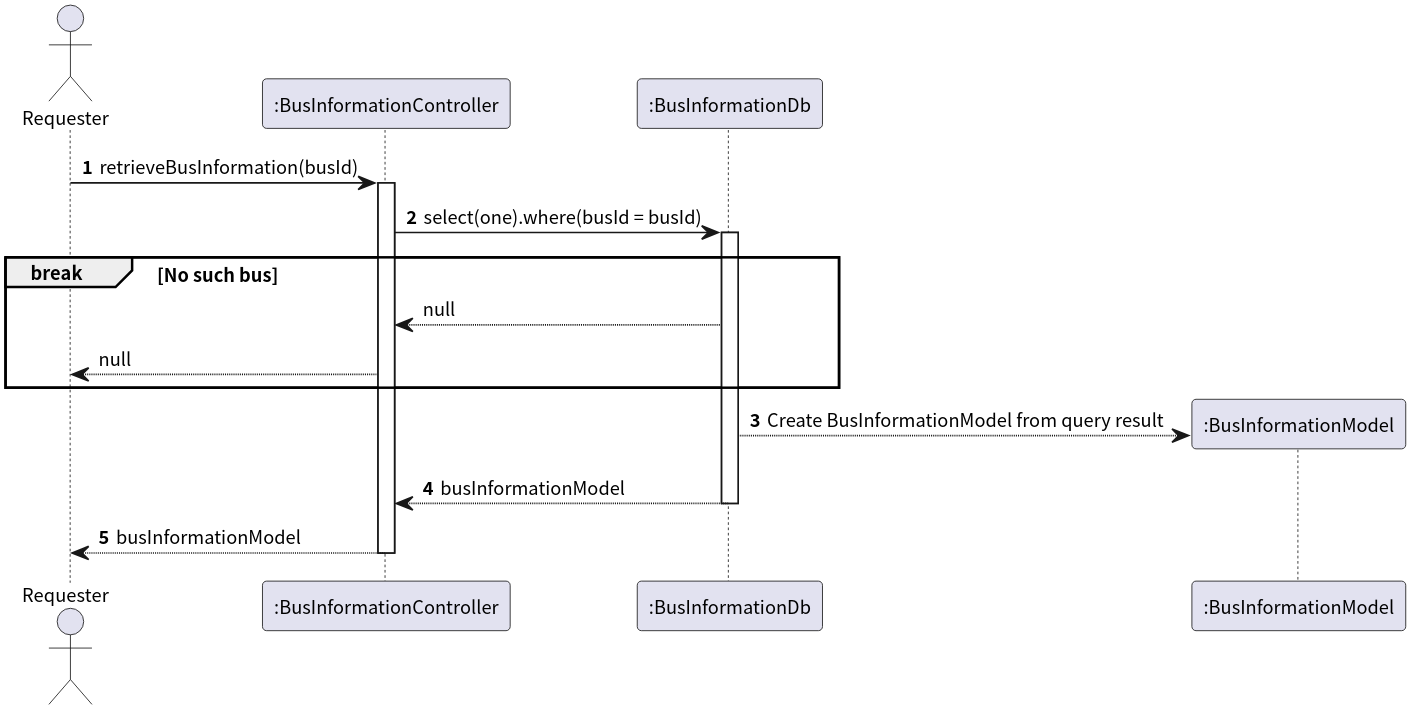
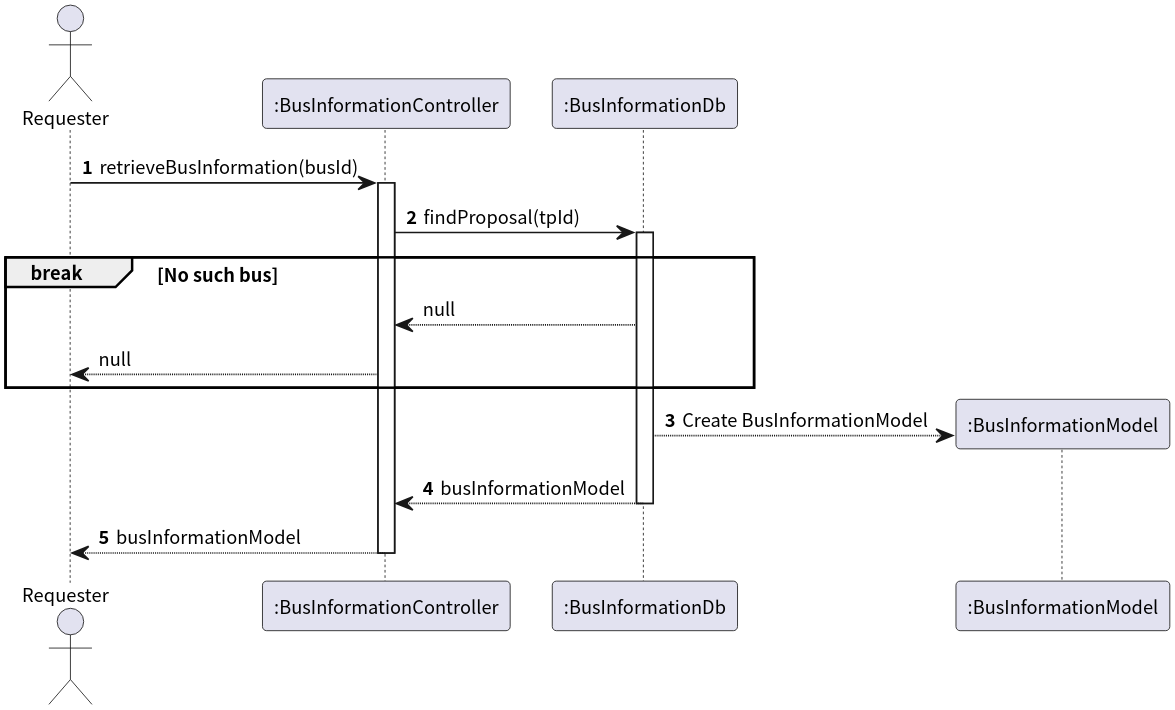
The fifth of 6 diagrams in semester-4/system-analysis/sequence-diagram.plantuml (pan93412/nkust-homework), drawn with PlantUML before and after one commit. The commit also changed other lines of this file and 1 other file, not shown here.

Commit message:
s4: system-analysis: update diagram

```diff
--- a/semester-4/system-analysis/sequence-diagram.plantuml
+++ b/semester-4/system-analysis/sequence-diagram.plantuml
@@ -162,29 +148,29 @@
 @startuml BusInformationRetrieve
 
 autonumber
 skinparam dpi 300
 skinparam linetype ortho
 skinparam defaultFontSize 11
 skinparam defaultFontName "Noto Sans CJK TC"
 
 actor Requester as "Requester"
 participant BusInformationController as ":BusInformationController"
 participant BusInformationDb as ":BusInformationDb"
 
 Requester -> BusInformationController ++: retrieveBusInformation(busId)
-BusInformationController -> BusInformationDb ++: select(one).where(busId = busId)
+BusInformationController -> BusInformationDb++: findProposal(tpId)
 
 break No such bus
     autonumber stop
     BusInformationController <-- BusInformationDb: null
     Requester <-- BusInformationController: null
 end
 
 autonumber resume
 create participant BusInformationModel as ":BusInformationModel"
-BusInformationDb --> BusInformationModel: Create BusInformationModel from query result
+BusInformationDb --> BusInformationModel: Create BusInformationModel
 return busInformationModel
 
 return busInformationModel
 
 @enduml
```
